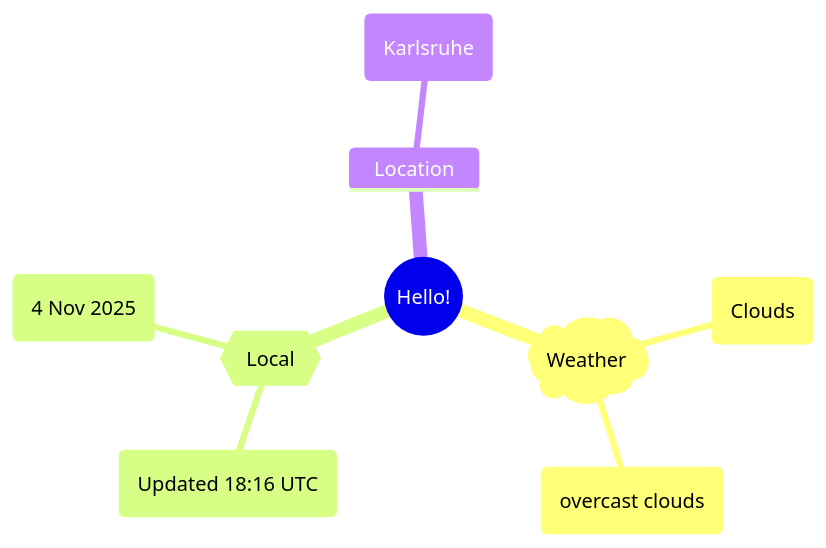
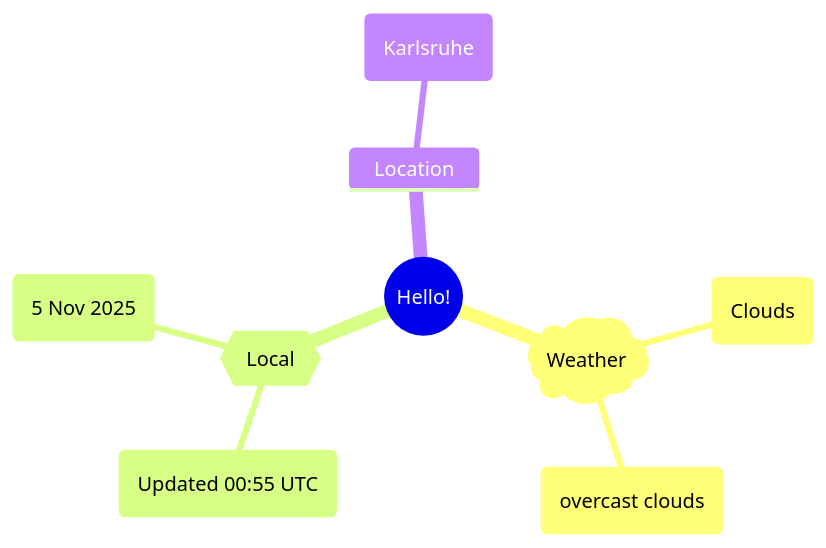
The first of 2 diagrams in README.md (Xosrov/Xosrov), drawn with Mermaid before and after one commit.

Commit message:
[bot] updated images

````diff
--- a/README.md
+++ b/README.md
@@ -3,12 +3,12 @@
 ```mermaid
 mindmap
   root((Hello!))
     )Weather(
         (Clouds)
         (overcast clouds)
     {{Local}}
-        (Updated 18:16 UTC)
-        (4 Nov 2025)
+        (Updated 00:55 UTC)
+        (5 Nov 2025)
     Location
         (Karlsruhe)
 ```
````
